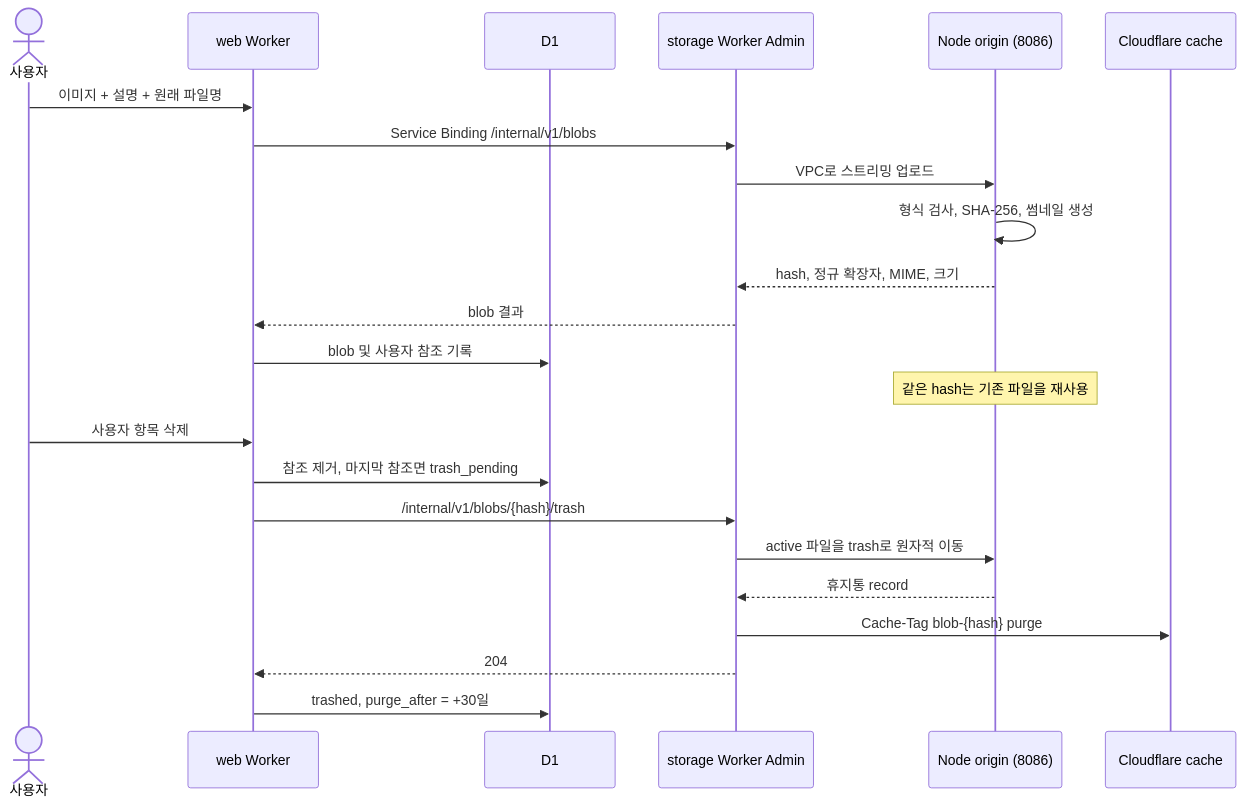
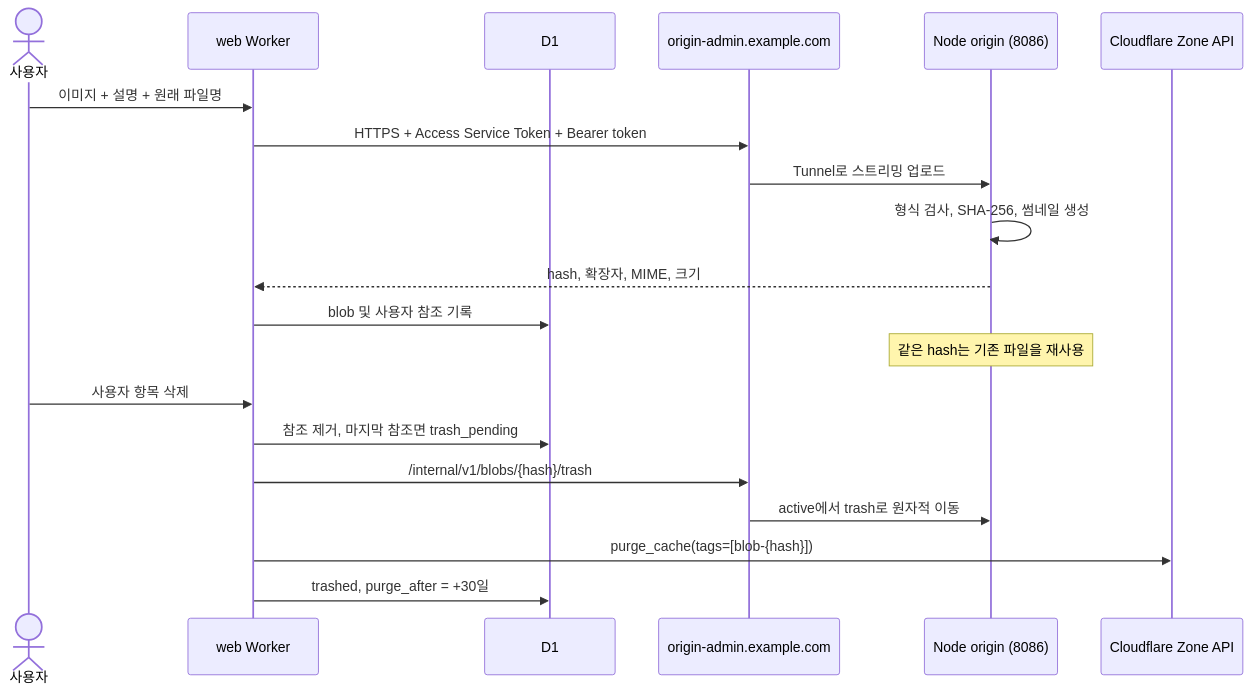
Before and after one commit to octopus7/meme: the third of 4 diagrams in docs/architecture.md, drawn with Mermaid. The commit also changed other lines of this file and 33 other files, not shown here.

Commit message:
Replace storage worker with direct tunnel origin

````diff
--- a/docs/architecture.md
+++ b/docs/architecture.md
@@ -97,27 +85,24 @@
 ```mermaid
 sequenceDiagram
     actor U as 사용자
     participant W as web Worker
     participant D as D1
-    participant A as storage Worker Admin
+    participant A as origin-admin.example.com
     participant O as Node origin (8086)
-    participant C as Cloudflare cache
+    participant C as Cloudflare Zone API
 
     U->>W: 이미지 + 설명 + 원래 파일명
-    W->>A: Service Binding /internal/v1/blobs
-    A->>O: VPC로 스트리밍 업로드
+    W->>A: HTTPS + Access Service Token + Bearer token
+    A->>O: Tunnel로 스트리밍 업로드
     O->>O: 형식 검사, SHA-256, 썸네일 생성
-    O-->>A: hash, 정규 확장자, MIME, 크기
-    A-->>W: blob 결과
+    O-->>W: hash, 확장자, MIME, 크기
     W->>D: blob 및 사용자 참조 기록
     Note over O: 같은 hash는 기존 파일을 재사용
 
     U->>W: 사용자 항목 삭제
     W->>D: 참조 제거, 마지막 참조면 trash_pending
     W->>A: /internal/v1/blobs/{hash}/trash
-    A->>O: active 파일을 trash로 원자적 이동
-    O-->>A: 휴지통 record
-    A->>C: Cache-Tag blob-{hash} purge
-    A-->>W: 204
+    A->>O: active에서 trash로 원자적 이동
+    W->>C: purge_cache(tags=[blob-{hash}])
     W->>D: trashed, purge_after = +30일
 ```
````
